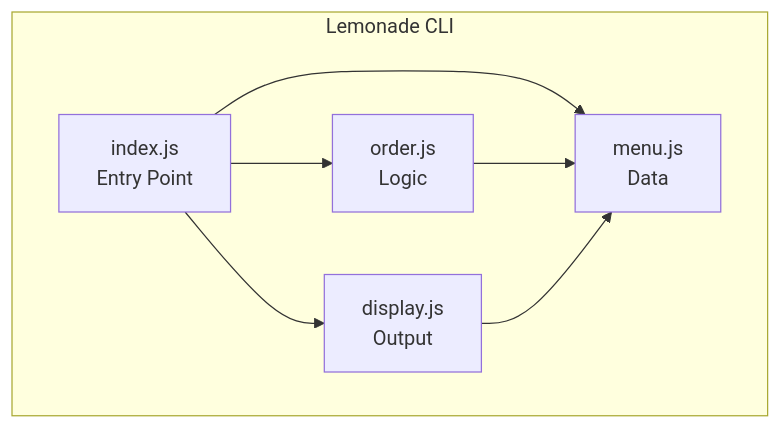
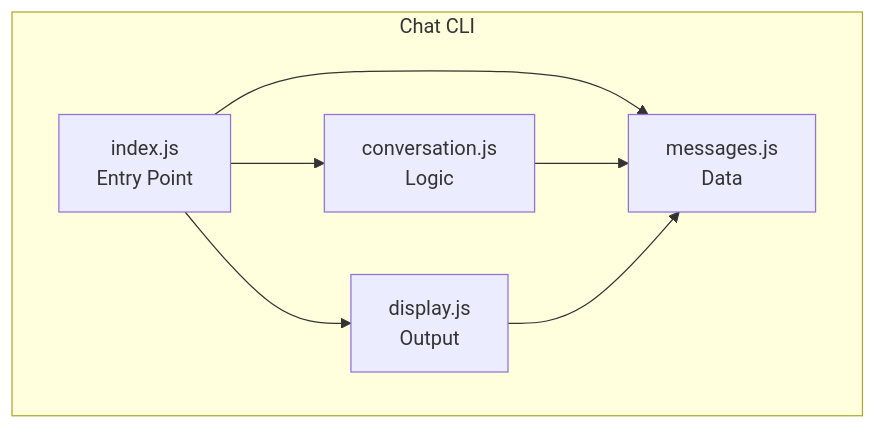
One commit to Episk-pos/DevFoundry changed the first of 2 diagrams in website/docs/curriculum/part-1-foundations/anatomy-of-projects.md. Above: the diagram before and after it, drawn with Mermaid. The commit also changed other lines of this file and 153 other files, not shown here.

````diff
--- a/website/docs/curriculum/part-1-foundations/anatomy-of-projects.md
+++ b/website/docs/curriculum/part-1-foundations/anatomy-of-projects.md
@@ -553,15 +580,15 @@
 ```mermaid
 graph TB
-    subgraph "Lemonade CLI"
+    subgraph "Chat CLI"
         index[index.js<br/>Entry Point]
-        menu[menu.js<br/>Data]
-        order[order.js<br/>Logic]
+        messages[messages.js<br/>Data]
+        conversation[conversation.js<br/>Logic]
         display[display.js<br/>Output]
     end
 
-    index --> menu
-    index --> order
+    index --> messages
+    index --> conversation
     index --> display
-    order --> menu
-    display --> menu
+    conversation --> messages
+    display --> messages
 ```
````
